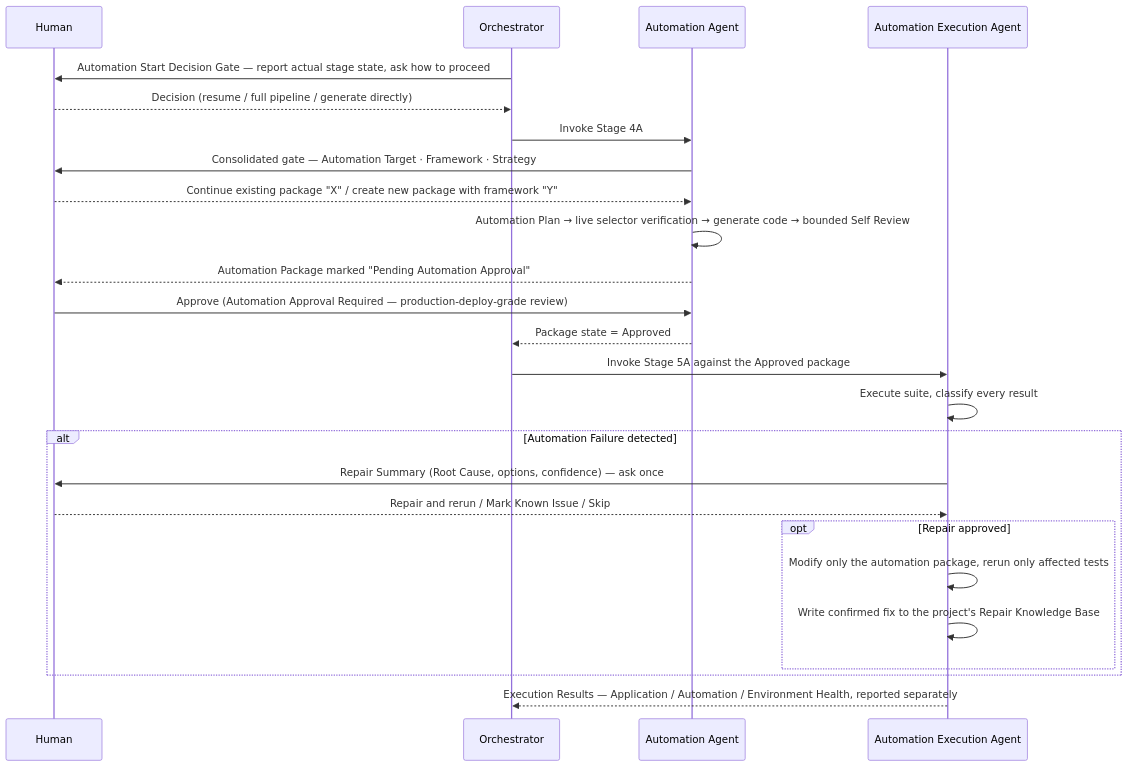
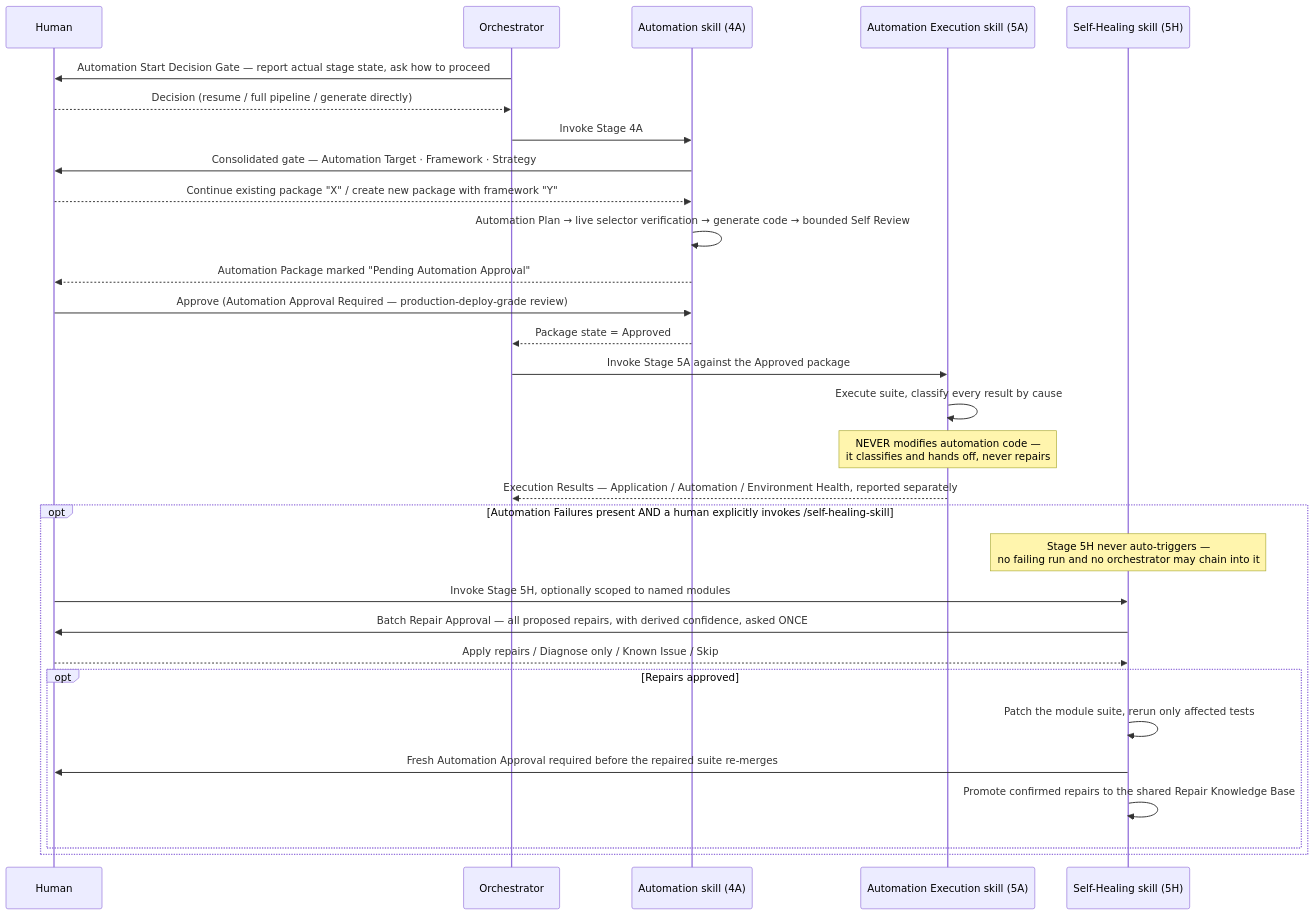
One commit to HusseinAtaHussein1/AISeatMap changed the fifth of 10 diagrams in README.md. Above: the diagram before and after it, drawn with Mermaid. The commit also changed other lines of this file and 30 other files, not shown here.

First line of the commit message:
docs(platform): align architecture specs on the two-pipeline model, and specify the new capabilities

````diff
--- a/README.md
+++ b/README.md
@@ -382,31 +456,37 @@
 ```mermaid
 sequenceDiagram
     participant H as Human
     participant Orc as Orchestrator
-    participant AA as Automation Agent
-    participant EA as Automation Execution Agent
+    participant AA as Automation skill (4A)
+    participant EA as Automation Execution skill (5A)
+    participant SH as Self-Healing skill (5H)
 
     Orc->>H: Automation Start Decision Gate — report actual stage state, ask how to proceed
     H-->>Orc: Decision (resume / full pipeline / generate directly)
 
     Orc->>AA: Invoke Stage 4A
     AA->>H: Consolidated gate — Automation Target · Framework · Strategy
     H-->>AA: Continue existing package "X" / create new package with framework "Y"
     AA->>AA: Automation Plan → live selector verification → generate code → bounded Self Review
     AA-->>H: Automation Package marked "Pending Automation Approval"
 
     H->>AA: Approve (Automation Approval Required — production-deploy-grade review)
     AA-->>Orc: Package state = Approved
 
     Orc->>EA: Invoke Stage 5A against the Approved package
-    EA->>EA: Execute suite, classify every result
-    alt Automation Failure detected
-        EA->>H: Repair Summary (Root Cause, options, confidence) — ask once
-        H-->>EA: Repair and rerun / Mark Known Issue / Skip
-        opt Repair approved
-            EA->>EA: Modify only the automation package, rerun only affected tests
-            EA->>EA: Write confirmed fix to the project's Repair Knowledge Base
+    EA->>EA: Execute suite, classify every result by cause
+    Note over EA: NEVER modifies automation code —<br/>it classifies and hands off, never repairs
+    EA-->>Orc: Execution Results — Application / Automation / Environment Health, reported separately
+
+    opt Automation Failures present AND a human explicitly invokes /self-healing-skill
+        Note over SH: Stage 5H never auto-triggers —<br/>no failing run and no orchestrator may chain into it
+        H->>SH: Invoke Stage 5H, optionally scoped to named modules
+        SH->>H: Batch Repair Approval — all proposed repairs, with derived confidence, asked ONCE
+        H-->>SH: Apply repairs / Diagnose only / Known Issue / Skip
+        opt Repairs approved
+            SH->>SH: Patch the module suite, rerun only affected tests
+            SH->>H: Fresh Automation Approval required before the repaired suite re-merges
+            SH->>SH: Promote confirmed repairs to the shared Repair Knowledge Base
         end
     end
-    EA-->>Orc: Execution Results — Application / Automation / Environment Health, reported separately
 ```
````
